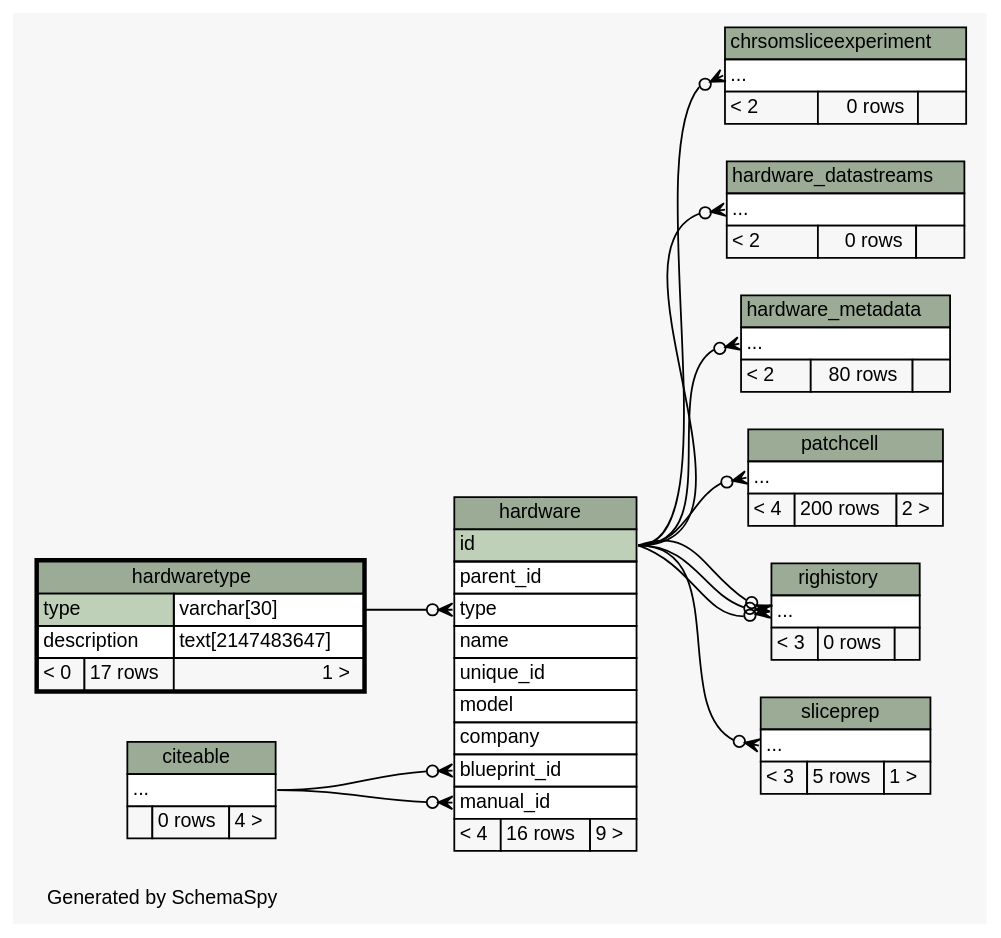
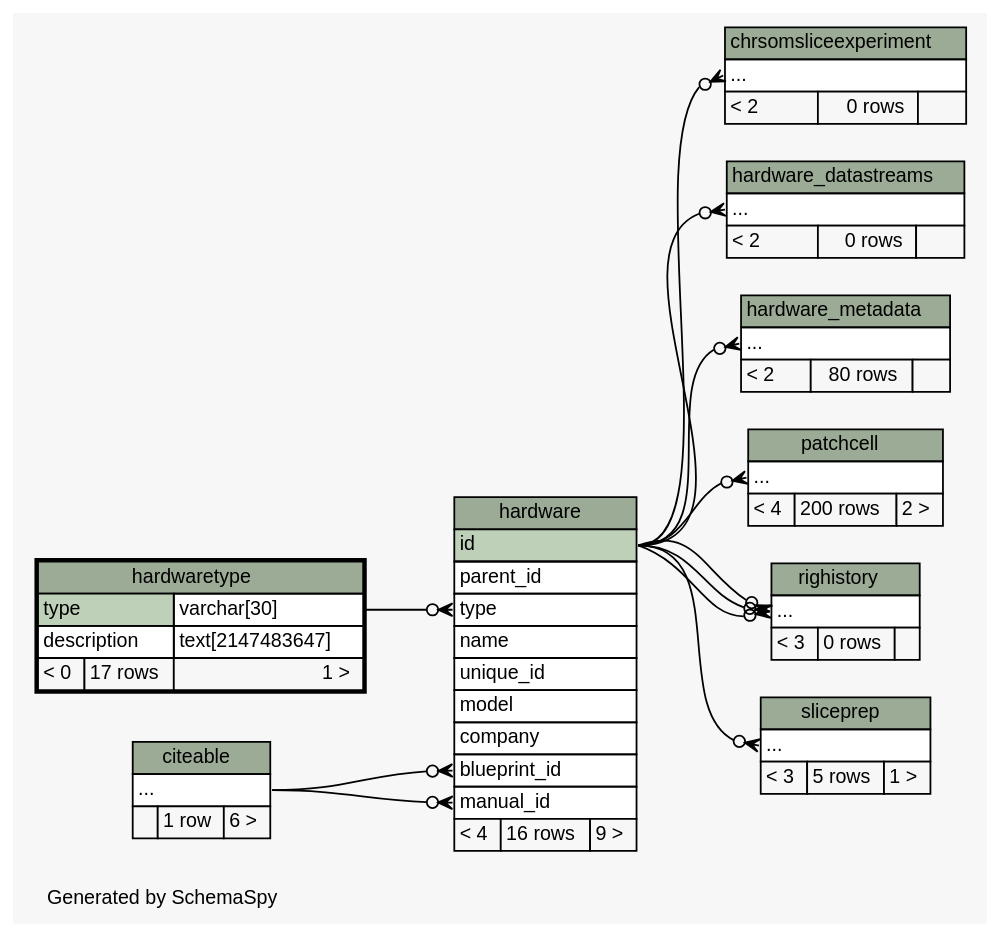
Before and after one commit to tgbugs/mlab: the diagram in database/ss/diagrams/hardwaretype.2degrees.dot, drawn with Graphviz. The commit also changed 281 other files, not shown here.

```diff
--- a/database/ss/diagrams/hardwaretype.2degrees.dot
+++ b/database/ss/diagrams/hardwaretype.2degrees.dot
@@ -1,132 +1,132 @@
-// dot 2.34.0 on Windows 7 6.1
+// dot 2.32.0 on Windows 7 6.1
 // SchemaSpy rev 590
 digraph "twoDegreesRelationshipsDiagram" {
   graph [
     rankdir="RL"
     bgcolor="#f7f7f7"
     label="\nGenerated by SchemaSpy"
     labeljust="l"
     nodesep="0.18"
     ranksep="0.46"
     fontname="Helvetica"
     fontsize="11"
   ];
   node [
     fontname="Helvetica"
     fontsize="11"
     shape="plaintext"
   ];
   edge [
     arrowsize="0.8"
   ];
   "chrsomsliceexperiment":"elipses":w -> "hardware":"id":e [arrowhead=none dir=back arrowtail=crowodot];
   "hardware":"blueprint_id":w -> "citeable":"elipses":e [arrowhead=none dir=back arrowtail=crowodot];
   "hardware":"manual_id":w -> "citeable":"elipses":e [arrowhead=none dir=back arrowtail=crowodot];
   "hardware":"type":w -> "hardwaretype":"type.type":e [arrowhead=none dir=back arrowtail=crowodot];
   "hardware_datastreams":"elipses":w -> "hardware":"id":e [arrowhead=none dir=back arrowtail=crowodot];
   "hardware_metadata":"elipses":w -> "hardware":"id":e [arrowhead=none dir=back arrowtail=crowodot];
   "patchcell":"elipses":w -> "hardware":"id":e [arrowhead=none dir=back arrowtail=crowodot];
   "righistory":"elipses":w -> "hardware":"id":e [arrowhead=none dir=back arrowtail=crowodot];
   "righistory":"elipses":w -> "hardware":"id":e [arrowhead=none dir=back arrowtail=crowodot];
   "righistory":"elipses":w -> "hardware":"id":e [arrowhead=none dir=back arrowtail=crowodot];
   "sliceprep":"elipses":w -> "hardware":"id":e [arrowhead=none dir=back arrowtail=crowodot];
   "chrsomsliceexperiment" [
     label=<
     <TABLE BORDER="0" CELLBORDER="1" CELLSPACING="0" BGCOLOR="#ffffff">
       <TR><TD COLSPAN="3" BGCOLOR="#9bab96" ALIGN="CENTER">chrsomsliceexperiment</TD></TR>
       <TR><TD PORT="elipses" COLSPAN="3" ALIGN="LEFT">...</TD></TR>
       <TR><TD ALIGN="LEFT" BGCOLOR="#f7f7f7">&lt; 2</TD><TD ALIGN="RIGHT" BGCOLOR="#f7f7f7">0 rows</TD><TD ALIGN="RIGHT" BGCOLOR="#f7f7f7">  </TD></TR>
     </TABLE>>
     URL="chrsomsliceexperiment.html"
     tooltip="chrsomsliceexperiment"
   ];
   "citeable" [
     label=<
     <TABLE BORDER="0" CELLBORDER="1" CELLSPACING="0" BGCOLOR="#ffffff">
       <TR><TD COLSPAN="3" BGCOLOR="#9bab96" ALIGN="CENTER">citeable</TD></TR>
       <TR><TD PORT="elipses" COLSPAN="3" ALIGN="LEFT">...</TD></TR>
-      <TR><TD ALIGN="LEFT" BGCOLOR="#f7f7f7">  </TD><TD ALIGN="RIGHT" BGCOLOR="#f7f7f7">0 rows</TD><TD ALIGN="RIGHT" BGCOLOR="#f7f7f7">4 &gt;</TD></TR>
+      <TR><TD ALIGN="LEFT" BGCOLOR="#f7f7f7">  </TD><TD ALIGN="RIGHT" BGCOLOR="#f7f7f7">1 row</TD><TD ALIGN="RIGHT" BGCOLOR="#f7f7f7">6 &gt;</TD></TR>
     </TABLE>>
     URL="citeable.html"
     tooltip="citeable"
   ];
   "hardware" [
     label=<
     <TABLE BORDER="0" CELLBORDER="1" CELLSPACING="0" BGCOLOR="#ffffff">
       <TR><TD COLSPAN="3" BGCOLOR="#9bab96" ALIGN="CENTER">hardware</TD></TR>
       <TR><TD PORT="id" COLSPAN="3" BGCOLOR="#bed1b8" ALIGN="LEFT">id</TD></TR>
       <TR><TD PORT="parent_id" COLSPAN="3" ALIGN="LEFT">parent_id</TD></TR>
       <TR><TD PORT="type" COLSPAN="3" ALIGN="LEFT">type</TD></TR>
       <TR><TD PORT="name" COLSPAN="3" ALIGN="LEFT">name</TD></TR>
       <TR><TD PORT="unique_id" COLSPAN="3" ALIGN="LEFT">unique_id</TD></TR>
       <TR><TD PORT="model" COLSPAN="3" ALIGN="LEFT">model</TD></TR>
       <TR><TD PORT="company" COLSPAN="3" ALIGN="LEFT">company</TD></TR>
       <TR><TD PORT="blueprint_id" COLSPAN="3" ALIGN="LEFT">blueprint_id</TD></TR>
       <TR><TD PORT="manual_id" COLSPAN="3" ALIGN="LEFT">manual_id</TD></TR>
       <TR><TD ALIGN="LEFT" BGCOLOR="#f7f7f7">&lt; 4</TD><TD ALIGN="RIGHT" BGCOLOR="#f7f7f7">16 rows</TD><TD ALIGN="RIGHT" BGCOLOR="#f7f7f7">9 &gt;</TD></TR>
     </TABLE>>
     URL="hardware.html"
     tooltip="hardware"
   ];
   "hardware_datastreams" [
     label=<
     <TABLE BORDER="0" CELLBORDER="1" CELLSPACING="0" BGCOLOR="#ffffff">
       <TR><TD COLSPAN="3" BGCOLOR="#9bab96" ALIGN="CENTER">hardware_datastreams</TD></TR>
       <TR><TD PORT="elipses" COLSPAN="3" ALIGN="LEFT">...</TD></TR>
       <TR><TD ALIGN="LEFT" BGCOLOR="#f7f7f7">&lt; 2</TD><TD ALIGN="RIGHT" BGCOLOR="#f7f7f7">0 rows</TD><TD ALIGN="RIGHT" BGCOLOR="#f7f7f7">  </TD></TR>
     </TABLE>>
     URL="hardware_datastreams.html"
     tooltip="hardware_datastreams"
   ];
   "hardware_metadata" [
     label=<
     <TABLE BORDER="0" CELLBORDER="1" CELLSPACING="0" BGCOLOR="#ffffff">
       <TR><TD COLSPAN="3" BGCOLOR="#9bab96" ALIGN="CENTER">hardware_metadata</TD></TR>
       <TR><TD PORT="elipses" COLSPAN="3" ALIGN="LEFT">...</TD></TR>
       <TR><TD ALIGN="LEFT" BGCOLOR="#f7f7f7">&lt; 2</TD><TD ALIGN="RIGHT" BGCOLOR="#f7f7f7">80 rows</TD><TD ALIGN="RIGHT" BGCOLOR="#f7f7f7">  </TD></TR>
     </TABLE>>
     URL="hardware_metadata.html"
     tooltip="hardware_metadata"
   ];
   "hardwaretype" [
     label=<
     <TABLE BORDER="2" CELLBORDER="1" CELLSPACING="0" BGCOLOR="#ffffff">
       <TR><TD COLSPAN="3" BGCOLOR="#9bab96" ALIGN="CENTER">hardwaretype</TD></TR>
       <TR><TD PORT="type" COLSPAN="2" BGCOLOR="#bed1b8" ALIGN="LEFT">type</TD><TD PORT="type.type" ALIGN="LEFT">varchar[30]</TD></TR>
       <TR><TD PORT="description" COLSPAN="2" ALIGN="LEFT">description</TD><TD PORT="description.type" ALIGN="LEFT">text[2147483647]</TD></TR>
       <TR><TD ALIGN="LEFT" BGCOLOR="#f7f7f7">&lt; 0</TD><TD ALIGN="RIGHT" BGCOLOR="#f7f7f7">17 rows</TD><TD ALIGN="RIGHT" BGCOLOR="#f7f7f7">1 &gt;</TD></TR>
     </TABLE>>
     URL="hardwaretype.html"
     tooltip="hardwaretype"
   ];
   "patchcell" [
     label=<
     <TABLE BORDER="0" CELLBORDER="1" CELLSPACING="0" BGCOLOR="#ffffff">
       <TR><TD COLSPAN="3" BGCOLOR="#9bab96" ALIGN="CENTER">patchcell</TD></TR>
       <TR><TD PORT="elipses" COLSPAN="3" ALIGN="LEFT">...</TD></TR>
       <TR><TD ALIGN="LEFT" BGCOLOR="#f7f7f7">&lt; 4</TD><TD ALIGN="RIGHT" BGCOLOR="#f7f7f7">200 rows</TD><TD ALIGN="RIGHT" BGCOLOR="#f7f7f7">2 &gt;</TD></TR>
     </TABLE>>
     URL="patchcell.html"
     tooltip="patchcell"
   ];
   "righistory" [
     label=<
     <TABLE BORDER="0" CELLBORDER="1" CELLSPACING="0" BGCOLOR="#ffffff">
       <TR><TD COLSPAN="3" BGCOLOR="#9bab96" ALIGN="CENTER">righistory</TD></TR>
       <TR><TD PORT="elipses" COLSPAN="3" ALIGN="LEFT">...</TD></TR>
       <TR><TD ALIGN="LEFT" BGCOLOR="#f7f7f7">&lt; 3</TD><TD ALIGN="RIGHT" BGCOLOR="#f7f7f7">0 rows</TD><TD ALIGN="RIGHT" BGCOLOR="#f7f7f7">  </TD></TR>
     </TABLE>>
     URL="righistory.html"
     tooltip="righistory"
   ];
   "sliceprep" [
     label=<
     <TABLE BORDER="0" CELLBORDER="1" CELLSPACING="0" BGCOLOR="#ffffff">
       <TR><TD COLSPAN="3" BGCOLOR="#9bab96" ALIGN="CENTER">sliceprep</TD></TR>
       <TR><TD PORT="elipses" COLSPAN="3" ALIGN="LEFT">...</TD></TR>
       <TR><TD ALIGN="LEFT" BGCOLOR="#f7f7f7">&lt; 3</TD><TD ALIGN="RIGHT" BGCOLOR="#f7f7f7">5 rows</TD><TD ALIGN="RIGHT" BGCOLOR="#f7f7f7">1 &gt;</TD></TR>
     </TABLE>>
     URL="sliceprep.html"
     tooltip="sliceprep"
   ];
 }
```
